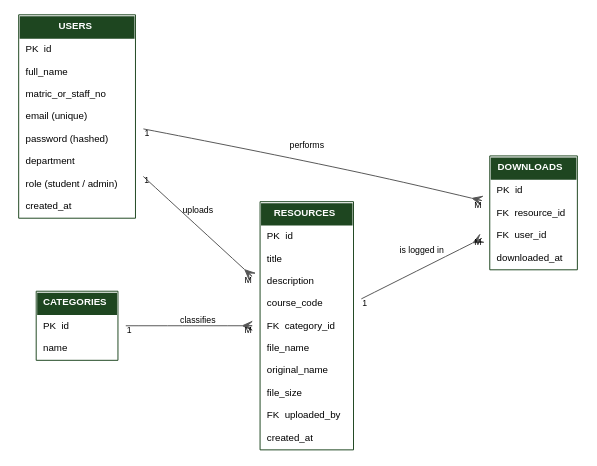
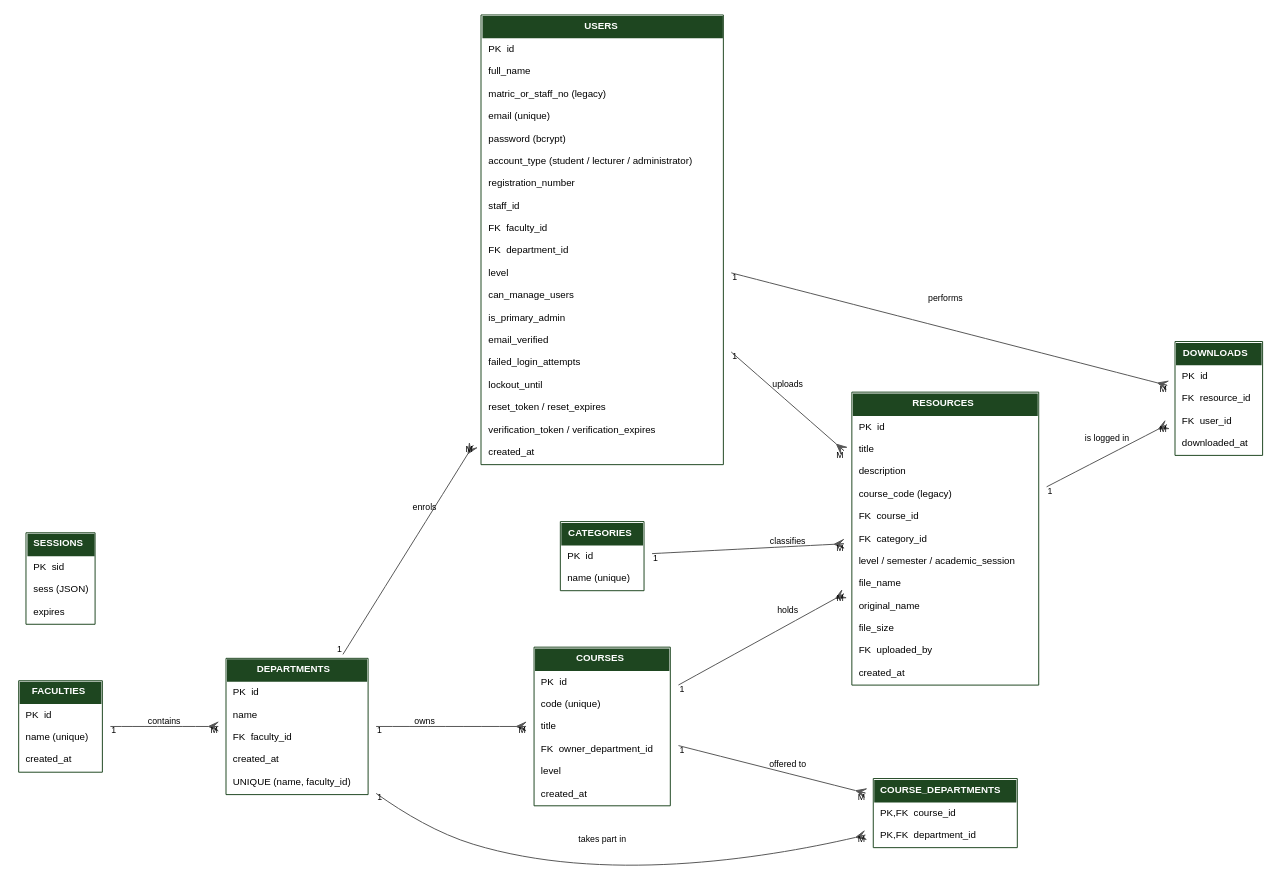
The diagram in diagrams/erd.dot (Hopejohn2004/uniuyp-academic-resource-platform), drawn with Graphviz before and after one commit. The commit also changed 29 other files, not shown here.

```diff
--- a/diagrams/erd.dot
+++ b/diagrams/erd.dot
@@ -1,59 +1,127 @@
 digraph ERD {
   rankdir=LR;
   graph [fontname="Helvetica", nodesep=0.7, ranksep=1.0, bgcolor="white"];
   node [shape=none, fontname="Helvetica", fontsize=10];
   edge [fontname="Helvetica", fontsize=9, color="#555555", dir=both, arrowhead=crow, arrowtail=none];
 
   USERS [label=<
     <table border="1" cellborder="0" cellspacing="0" cellpadding="6" bgcolor="white" color="#1e4620">
       <tr><td bgcolor="#1e4620"><font color="white"><b>USERS</b></font></td></tr>
       <tr><td align="left">PK  id</td></tr>
       <tr><td align="left">full_name</td></tr>
-      <tr><td align="left">matric_or_staff_no</td></tr>
+      <tr><td align="left">matric_or_staff_no (legacy)</td></tr>
       <tr><td align="left">email (unique)</td></tr>
-      <tr><td align="left">password (hashed)</td></tr>
-      <tr><td align="left">department</td></tr>
-      <tr><td align="left">role (student / admin)</td></tr>
+      <tr><td align="left">password (bcrypt)</td></tr>
+      <tr><td align="left">account_type (student / lecturer / administrator)</td></tr>
+      <tr><td align="left">registration_number</td></tr>
+      <tr><td align="left">staff_id</td></tr>
+      <tr><td align="left">FK  faculty_id</td></tr>
+      <tr><td align="left">FK  department_id</td></tr>
+      <tr><td align="left">level</td></tr>
+      <tr><td align="left">can_manage_users</td></tr>
+      <tr><td align="left">is_primary_admin</td></tr>
+      <tr><td align="left">email_verified</td></tr>
+      <tr><td align="left">failed_login_attempts</td></tr>
+      <tr><td align="left">lockout_until</td></tr>
+      <tr><td align="left">reset_token / reset_expires</td></tr>
+      <tr><td align="left">verification_token / verification_expires</td></tr>
       <tr><td align="left">created_at</td></tr>
+    </table>
+  >];
+
+  FACULTIES [label=<
+    <table border="1" cellborder="0" cellspacing="0" cellpadding="6" bgcolor="white" color="#1e4620">
+      <tr><td bgcolor="#1e4620"><font color="white"><b>FACULTIES</b></font></td></tr>
+      <tr><td align="left">PK  id</td></tr>
+      <tr><td align="left">name (unique)</td></tr>
+      <tr><td align="left">created_at</td></tr>
+    </table>
+  >];
+
+  DEPARTMENTS [label=<
+    <table border="1" cellborder="0" cellspacing="0" cellpadding="6" bgcolor="white" color="#1e4620">
+      <tr><td bgcolor="#1e4620"><font color="white"><b>DEPARTMENTS</b></font></td></tr>
+      <tr><td align="left">PK  id</td></tr>
+      <tr><td align="left">name</td></tr>
+      <tr><td align="left">FK  faculty_id</td></tr>
+      <tr><td align="left">created_at</td></tr>
+      <tr><td align="left">UNIQUE (name, faculty_id)</td></tr>
+    </table>
+  >];
+
+  COURSES [label=<
+    <table border="1" cellborder="0" cellspacing="0" cellpadding="6" bgcolor="white" color="#1e4620">
+      <tr><td bgcolor="#1e4620"><font color="white"><b>COURSES</b></font></td></tr>
+      <tr><td align="left">PK  id</td></tr>
+      <tr><td align="left">code (unique)</td></tr>
+      <tr><td align="left">title</td></tr>
+      <tr><td align="left">FK  owner_department_id</td></tr>
+      <tr><td align="left">level</td></tr>
+      <tr><td align="left">created_at</td></tr>
+    </table>
+  >];
+
+  COURSE_DEPARTMENTS [label=<
+    <table border="1" cellborder="0" cellspacing="0" cellpadding="6" bgcolor="white" color="#1e4620">
+      <tr><td bgcolor="#1e4620"><font color="white"><b>COURSE_DEPARTMENTS</b></font></td></tr>
+      <tr><td align="left">PK,FK  course_id</td></tr>
+      <tr><td align="left">PK,FK  department_id</td></tr>
     </table>
   >];
 
   RESOURCES [label=<
     <table border="1" cellborder="0" cellspacing="0" cellpadding="6" bgcolor="white" color="#1e4620">
       <tr><td bgcolor="#1e4620"><font color="white"><b>RESOURCES</b></font></td></tr>
       <tr><td align="left">PK  id</td></tr>
       <tr><td align="left">title</td></tr>
       <tr><td align="left">description</td></tr>
-      <tr><td align="left">course_code</td></tr>
+      <tr><td align="left">course_code (legacy)</td></tr>
+      <tr><td align="left">FK  course_id</td></tr>
       <tr><td align="left">FK  category_id</td></tr>
+      <tr><td align="left">level / semester / academic_session</td></tr>
       <tr><td align="left">file_name</td></tr>
       <tr><td align="left">original_name</td></tr>
       <tr><td align="left">file_size</td></tr>
       <tr><td align="left">FK  uploaded_by</td></tr>
       <tr><td align="left">created_at</td></tr>
     </table>
   >];
 
   CATEGORIES [label=<
     <table border="1" cellborder="0" cellspacing="0" cellpadding="6" bgcolor="white" color="#1e4620">
       <tr><td bgcolor="#1e4620"><font color="white"><b>CATEGORIES</b></font></td></tr>
       <tr><td align="left">PK  id</td></tr>
-      <tr><td align="left">name</td></tr>
+      <tr><td align="left">name (unique)</td></tr>
     </table>
   >];
 
   DOWNLOADS [label=<
     <table border="1" cellborder="0" cellspacing="0" cellpadding="6" bgcolor="white" color="#1e4620">
       <tr><td bgcolor="#1e4620"><font color="white"><b>DOWNLOADS</b></font></td></tr>
       <tr><td align="left">PK  id</td></tr>
       <tr><td align="left">FK  resource_id</td></tr>
       <tr><td align="left">FK  user_id</td></tr>
       <tr><td align="left">downloaded_at</td></tr>
     </table>
   >];
 
+  SESSIONS [label=<
+    <table border="1" cellborder="0" cellspacing="0" cellpadding="6" bgcolor="white" color="#1e4620">
+      <tr><td bgcolor="#1e4620"><font color="white"><b>SESSIONS</b></font></td></tr>
+      <tr><td align="left">PK  sid</td></tr>
+      <tr><td align="left">sess (JSON)</td></tr>
+      <tr><td align="left">expires</td></tr>
+    </table>
+  >];
+
+  FACULTIES -> DEPARTMENTS [taillabel="1", headlabel="M", label="contains"];
+  DEPARTMENTS -> USERS [taillabel="1", headlabel="M", label="enrols"];
+  DEPARTMENTS -> COURSES [taillabel="1", headlabel="M", label="owns"];
+  COURSES -> COURSE_DEPARTMENTS [taillabel="1", headlabel="M", label="offered to"];
+  DEPARTMENTS -> COURSE_DEPARTMENTS [taillabel="1", headlabel="M", label="takes part in"];
+  COURSES -> RESOURCES [taillabel="1", headlabel="M", label="holds"];
   USERS -> RESOURCES [taillabel="1", headlabel="M", label="uploads"];
   CATEGORIES -> RESOURCES [taillabel="1", headlabel="M", label="classifies"];
   USERS -> DOWNLOADS [taillabel="1", headlabel="M", label="performs"];
   RESOURCES -> DOWNLOADS [taillabel="1", headlabel="M", label="is logged in"];
 }
```
